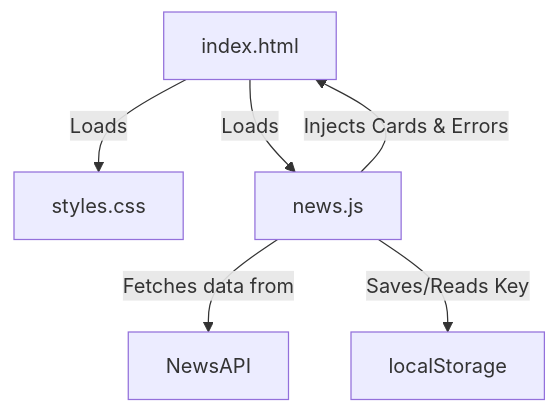
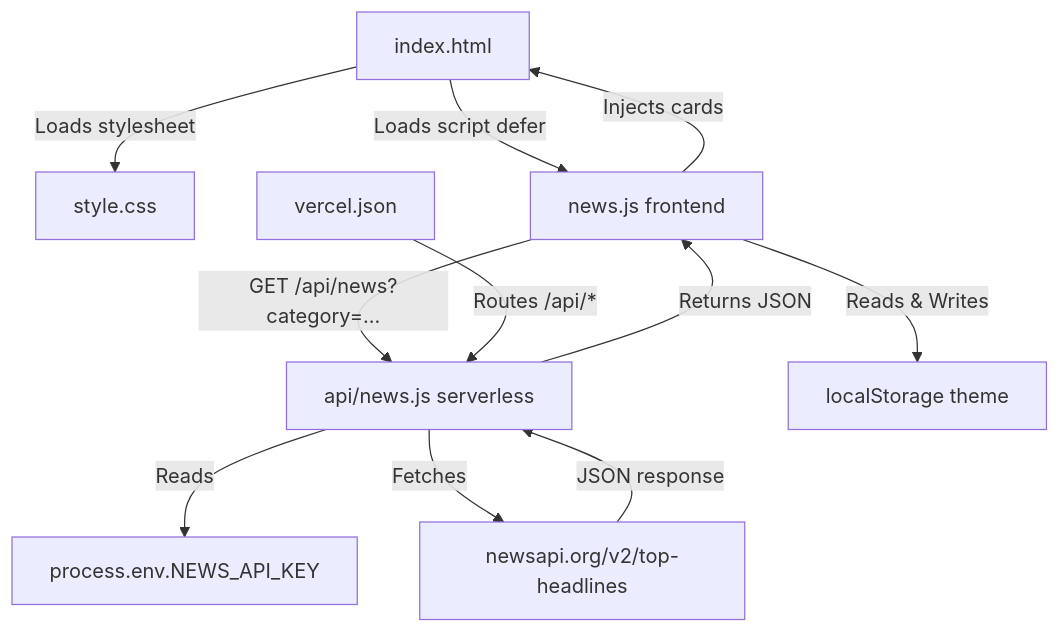
The first of 13 diagrams in workflow.md (shahaulalam85/News_ojt), drawn with Mermaid before and after one commit. The commit also changed other lines of this file, not shown here.

````diff
--- a/workflow.md
+++ b/workflow.md
@@ -11,8 +9,13 @@
 ```mermaid
 graph TD
-    A[index.html] -->|Loads| B[styles.css]
-    A[index.html] -->|Loads| C[news.js]
-    C[news.js] -->|Fetches data from| D[NewsAPI]
-    C[news.js] -->|Saves/Reads Key| E[localStorage]
-    C[news.js] -->|Injects Cards & Errors| A
+    A[index.html] -->|Loads stylesheet| B[style.css]
+    A[index.html] -->|Loads script defer| C[news.js frontend]
+    C -->|GET /api/news?category=...| D[api/news.js serverless]
+    D -->|Reads| E[process.env.NEWS_API_KEY]
+    D -->|Fetches| F[newsapi.org/v2/top-headlines]
+    F -->|JSON response| D
+    D -->|Returns JSON| C
+    C -->|Reads & Writes| G[localStorage theme]
+    C -->|Injects cards| A
+    H[vercel.json] -->|Routes /api/*| D
 ```
````
